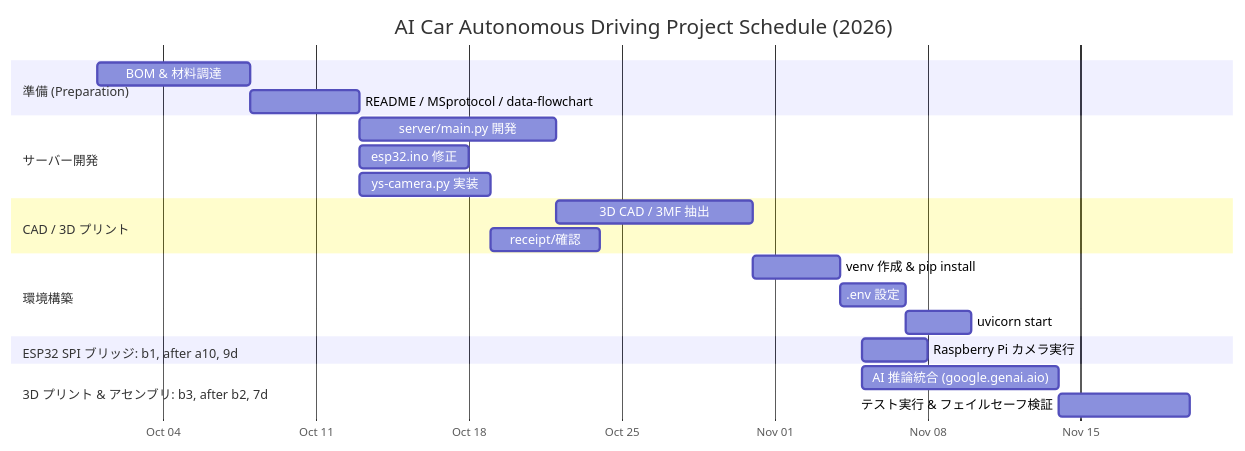
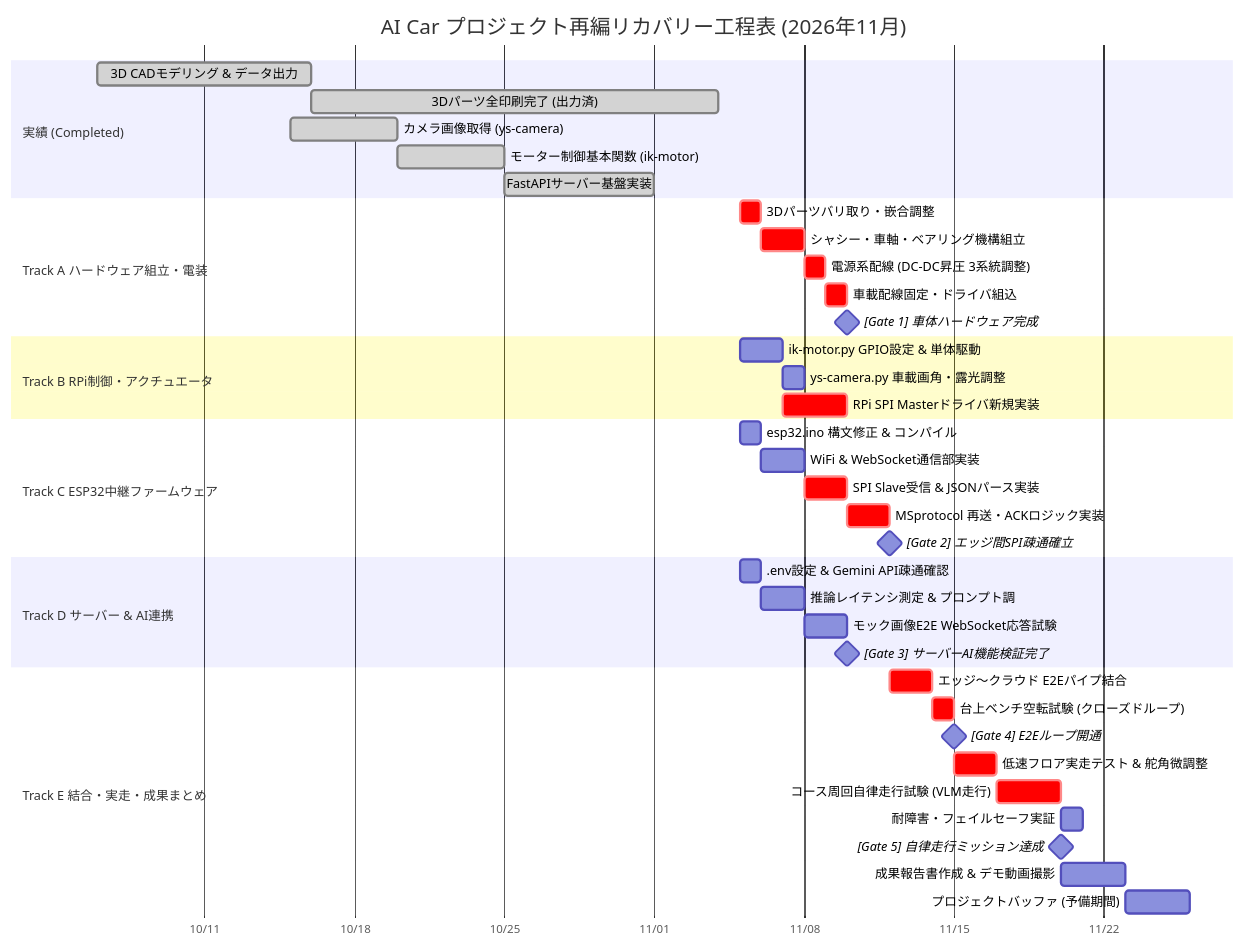
One commit to Hita-haru/ai-car changed the second of 3 diagrams in ai-car-summary.md. Above: the diagram before and after it, drawn with Mermaid. The commit also changed other lines of this file, not shown here.

Commit message:
Updated summary.md and gantt chart in it.

````diff
--- a/ai-car-summary.md
+++ b/ai-car-summary.md
@@ -231,25 +139,49 @@
 ```mermaid
 gantt
-    title AI Car Autonomous Driving Project Schedule (2026)
+    title AI Car プロジェクト再編リカバリー工程表 (2026年11月)
     dateFormat  YYYY-MM-DD
-    axisFormat  %b %d
-    section 準備 (Preparation)
-    BOM & 材料調達          : a1, 2026-10-01, 7d
-    README / MSprotocol / data-flowchart     : a2, after a1, 5d
-    section サーバー開発
-    server/main.py 開発      : a3, after a2, 9d
-    esp32.ino 修正           : a4, after a2, 5d
-    ys-camera.py 実装        : a5, after a2, 6d
-    section CAD / 3D プリント
-    3D CAD / 3MF 抽出        : a6, after a3, 9d
-    receipt/確認              : a7, after a5, 5d
-    section 環境構築
-    venv 作成 & pip install   : a8, after a6, 4d
-    .env 設定                  : a9, after a8, 3d
-    uvicorn start              : a10, after a9, 3d
-    section ESP32 SPI ブリッジ: b1, after a10, 9d
-    Raspberry Pi カメラ実行   : b2, after b1, 3d
-    section 3D プリント & アセンブリ: b3, after b2, 7d
-    AI 推論統合 (google.genai.aio) : c1, after b3, 9d
-    テスト実行 & フェイルセーフ検証 : d1, after c1, 6d
+    axisFormat  %m/%d
+    
+    section 実績 (Completed)
+    3D CADモデリング & データ出力  :done, c1, 2026-10-06, 2026-10-16
+    3Dパーツ全印刷完了 (出力済)     :done, c2, 2026-10-16, 2026-11-04
+    カメラ画像取得 (ys-camera)     :done, c3, 2026-10-15, 2026-10-20
+    モーター制御基本関数 (ik-motor) :done, c4, 2026-10-20, 2026-10-25
+    FastAPIサーバー基盤実装        :done, c5, 2026-10-25, 2026-11-01
+    
+    section Track A ハードウェア組立・電装
+    3Dパーツバリ取り・嵌合調整      :crit, a1, 2026-11-05, 1d
+    シャシー・車軸・ベアリング機構組立 :crit, a2, after a1, 2d
+    電源系配線 (DC-DC昇圧 3系統調整)  :crit, a3, after a2, 1d
+    車載配線固定・ドライバ組込      :crit, a4, after a3, 1d
+    [Gate 1] 車体ハードウェア完成   :milestone, m1, after a4, 0d
+    
+    section Track B RPi制御・アクチュエータ
+    ik-motor.py GPIO設定 & 単体駆動 :b1, 2026-11-05, 2d
+    ys-camera.py 車載画角・露光調整 :b2, after b1, 1d
+    RPi SPI Masterドライバ新規実装  :crit, b3, after b1, 3d
+    
+    section Track C ESP32中継ファームウェア
+    esp32.ino 構文修正 & コンパイル  :cf1, 2026-11-05, 1d
+    WiFi & WebSocket通信部実装       :cf2, after cf1, 2d
+    SPI Slave受信 & JSONパース実装   :crit, cf3, after cf2, 2d
+    MSprotocol 再送・ACKロジック実装 :crit, cf4, after cf3, 2d
+    [Gate 2] エッジ間SPI疎通確立    :milestone, m2, after cf4, 0d
+    
+    section Track D サーバー & AI連携
+    .env設定 & Gemini API疎通確認    :d1, 2026-11-05, 1d
+    推論レイテンシ測定 & プロンプト調:d2, after d1, 2d
+    モック画像E2E WebSocket応答試験  :d3, after d2, 2d
+    [Gate 3] サーバーAI機能検証完了  :milestone, m3, after d3, 0d
+    
+    section Track E 結合・実走・成果まとめ
+    エッジ〜クラウド E2Eパイプ結合   :crit, e1, after cf4, 2d
+    台上ベンチ空転試験 (クローズドループ):crit, e2, after e1, 1d
+    [Gate 4] E2Eループ開通           :milestone, m4, after e2, 0d
+    低速フロア実走テスト & 舵角微調整:crit, e3, after e2, 2d
+    コース周回自律走行試験 (VLM走行) :crit, e4, after e3, 3d
+    耐障害・フェイルセーフ実証       :e5, after e4, 1d
+    [Gate 5] 自律走行ミッション達成  :milestone, m5, after e4, 0d
+    成果報告書作成 & デモ動画撮影    :e6, after e4, 3d
+    プロジェクトバッファ (予備期間)  :e7, after e6, 3d
 ```
````
